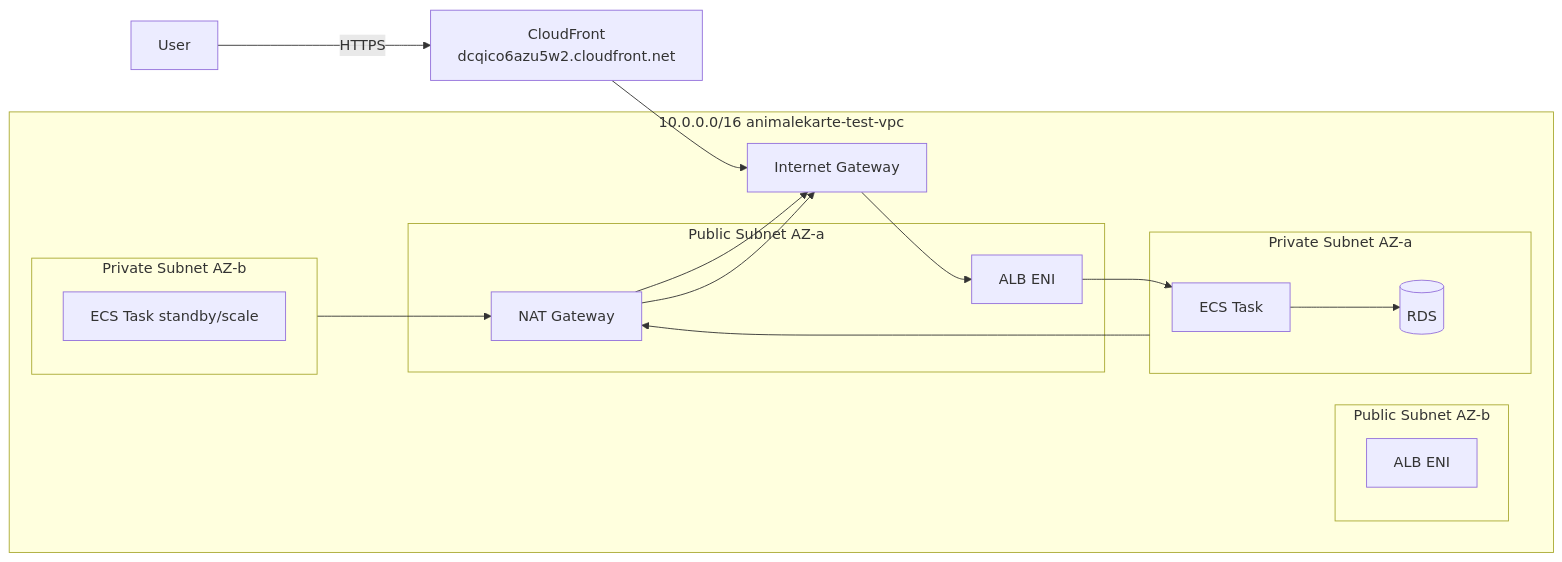
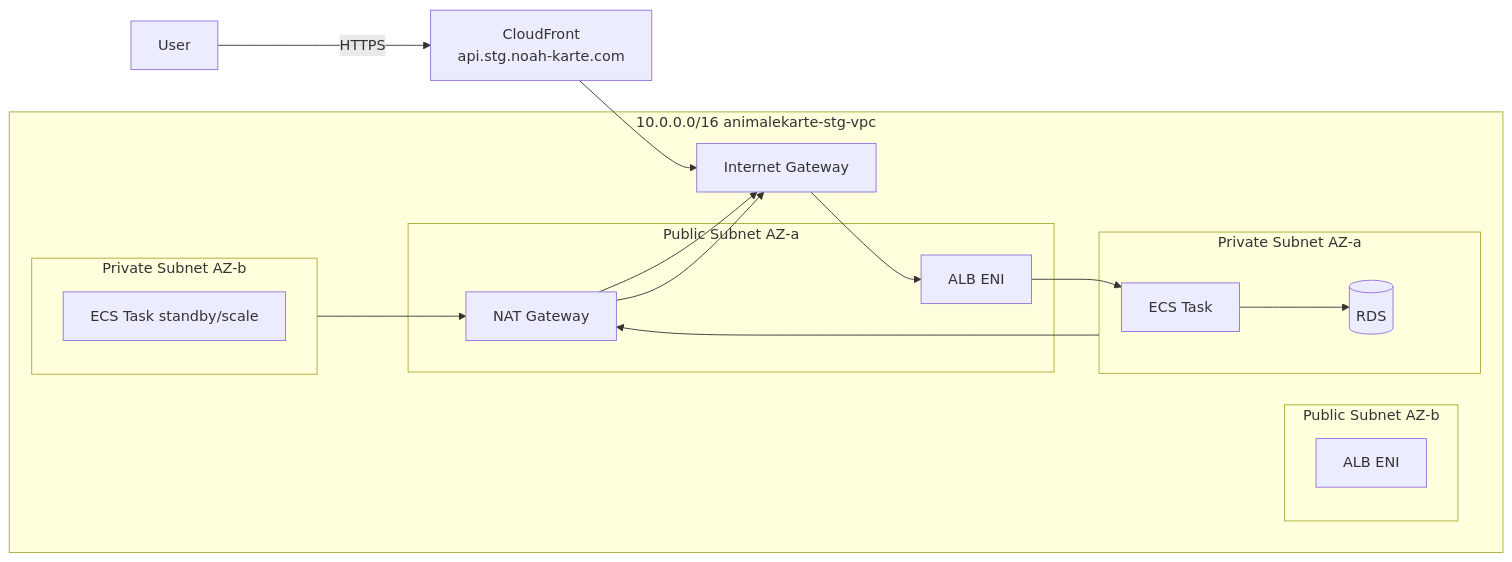
One commit to MinoruSoga/AnimalEkarte changed the second of 2 diagrams in docs/infra/docs_infra_architecture.md. Above: the diagram before and after it, drawn with Mermaid. The commit also changed other lines of this file and 5 other files, not shown here.

First line of the commit message:
docs(infra): update 6 infra docs from test → stg environment

````diff
--- a/docs/infra/docs_infra_architecture.md
+++ b/docs/infra/docs_infra_architecture.md
@@ -175,27 +175,27 @@
 ```mermaid
 flowchart LR
-  subgraph VPC[10.0.0.0/16  animalekarte-test-vpc]
+  subgraph VPC[10.0.0.0/16  animalekarte-stg-vpc]
     subgraph PublicAZA[Public Subnet AZ-a]
       ALB1[ALB ENI]
       NAT[NAT Gateway]
     end
     subgraph PublicAZB[Public Subnet AZ-b]
       ALB2[ALB ENI]
     end
     subgraph PrivateAZA[Private Subnet AZ-a]
       ECS1[ECS Task]
       RDS1[(RDS)]
     end
     subgraph PrivateAZB[Private Subnet AZ-b]
       ECS2[ECS Task standby/scale]
     end
     IGW[Internet Gateway]
   end
 
-  User -->|HTTPS| CF[CloudFront\ndcqico6azu5w2.cloudfront.net]
+  User -->|HTTPS| CF[CloudFront\napi.stg.noah-karte.com]
   CF --> IGW --> ALB1
   ALB1 --> ECS1
   ECS1 --> RDS1
   PrivateAZA --> NAT --> IGW
   PrivateAZB --> NAT --> IGW
 ```
````
